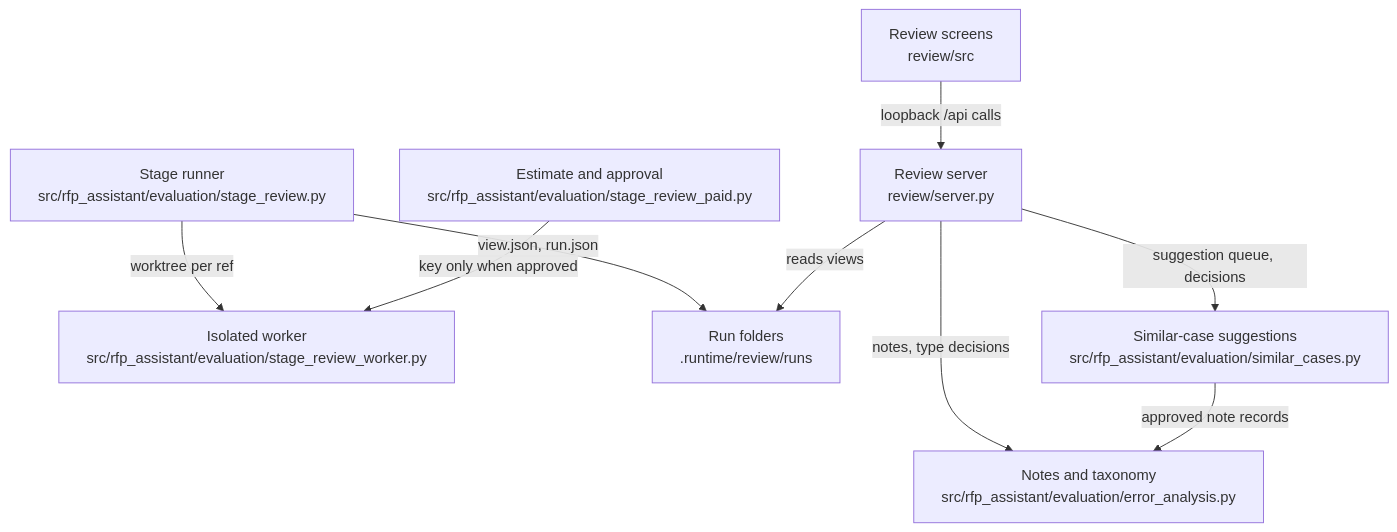
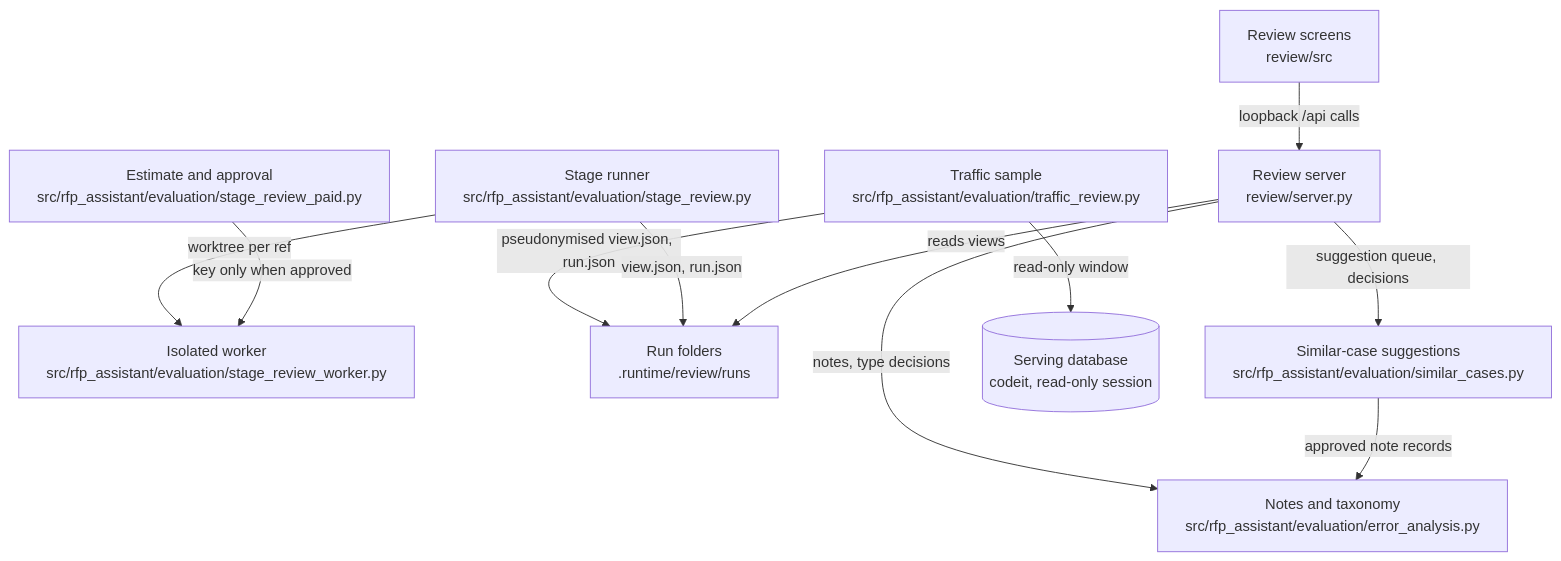
One commit to littleeeeebit/project-codeit-mid changed the diagram in .omm/overall-architecture/stage-review-app/diagram.mmd. Above: the diagram before and after it, drawn with Mermaid. The commit also changed 28 other files, not shown here.

```diff
--- a/.omm/overall-architecture/stage-review-app/diagram.mmd
+++ b/.omm/overall-architecture/stage-review-app/diagram.mmd
@@ -1,17 +1,21 @@
 graph TD
   stage-runner["Stage runner\nsrc/rfp_assistant/evaluation/stage_review.py"]
   worker-process["Isolated worker\nsrc/rfp_assistant/evaluation/stage_review_worker.py"]
   paid-approval["Estimate and approval\nsrc/rfp_assistant/evaluation/stage_review_paid.py"]
   run-folders["Run folders\n.runtime/review/runs"]
   review-server["Review server\nreview/server.py"]
   review-screens["Review screens\nreview/src"]
   error-analysis["Notes and taxonomy\nsrc/rfp_assistant/evaluation/error_analysis.py"]
   similar-cases["Similar-case suggestions\nsrc/rfp_assistant/evaluation/similar_cases.py"]
+  traffic-sampler["Traffic sample\nsrc/rfp_assistant/evaluation/traffic_review.py"]
+  serving-db[("Serving database\ncodeit, read-only session")]
+  traffic-sampler -->|"read-only window"| serving-db
+  traffic-sampler -->|"pseudonymised view.json, run.json"| run-folders
   stage-runner -->|"worktree per ref"| worker-process
   paid-approval -->|"key only when approved"| worker-process
   stage-runner -->|"view.json, run.json"| run-folders
   review-server -->|"reads views"| run-folders
   review-screens -->|"loopback /api calls"| review-server
   review-server -->|"notes, type decisions"| error-analysis
   review-server -->|"suggestion queue, decisions"| similar-cases
   similar-cases -->|"approved note records"| error-analysis
```
